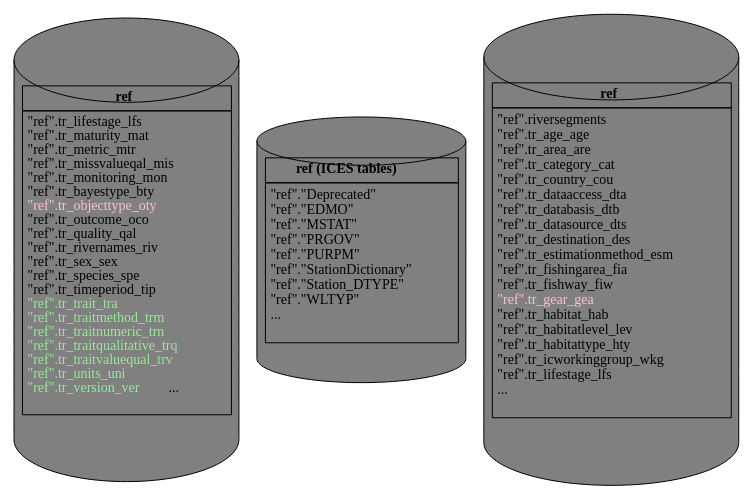
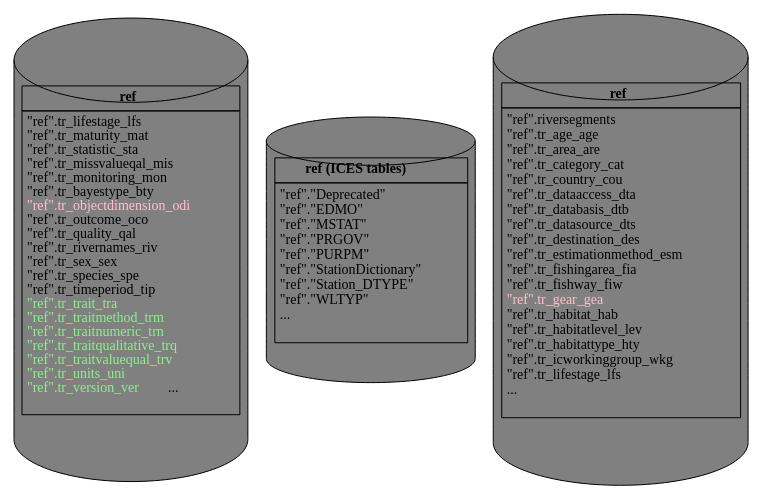
The third of 4 diagrams in R/final_presentation_metric_and_stock.qmd (DIASPARAproject/WP3_migdb), drawn with Graphviz before and after one commit. The commit also changed other lines of this file and 24 other files, not shown here.

```diff
--- a/R/final_presentation_metric_and_stock.qmd
+++ b/R/final_presentation_metric_and_stock.qmd
@@ -453,12 +453,12 @@
 <tr> <td align="left">
 "ref".tr_lifestage_lfs <br align="left"/>
 "ref".tr_maturity_mat <br align="left"/>
-"ref".tr_metric_mtr <br align="left"/>
+"ref".tr_statistic_sta <br align="left"/>
 "ref".tr_missvalueqal_mis <br align="left"/>
 "ref".tr_monitoring_mon <br align="left"/>
 "ref".tr_bayestype_bty <br align="left"/>
 <font color="pink">
-"ref".tr_objecttype_oty <br align="left"/>
+"ref".tr_objectdimension_odi <br align="left"/>
 </font>
 "ref".tr_outcome_oco <br align="left"/>
 "ref".tr_quality_qal <br align="left"/>
```
